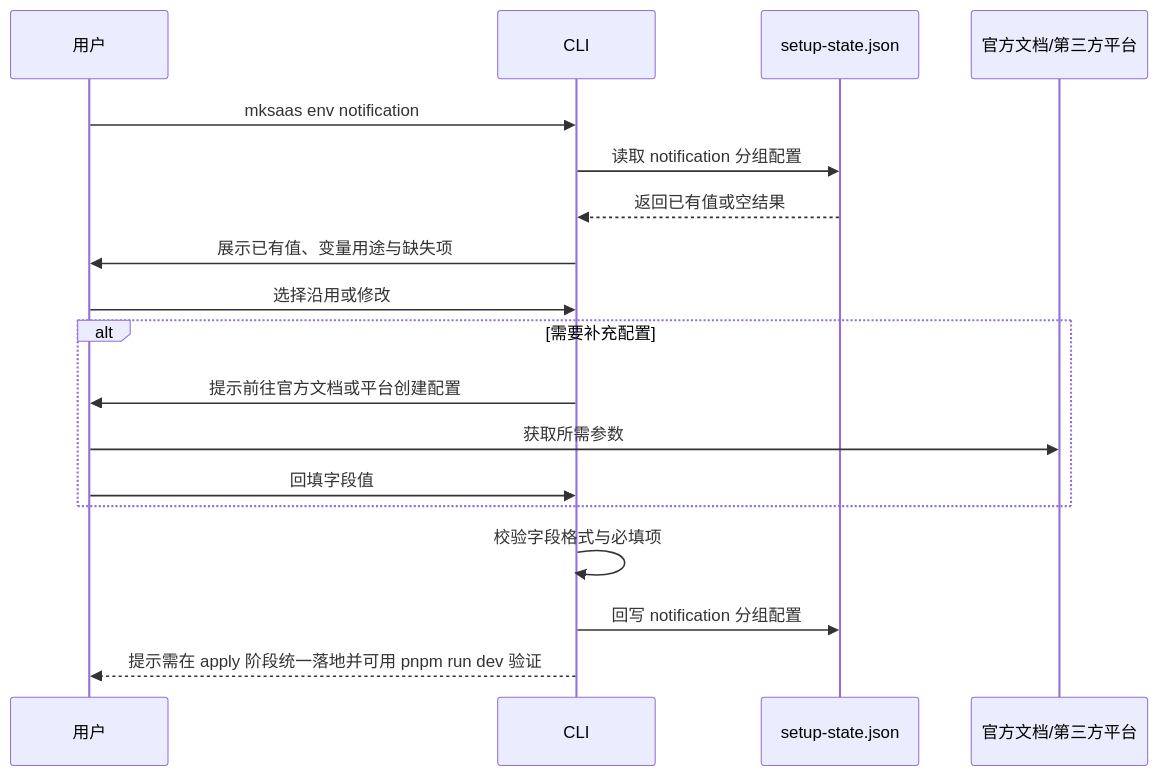
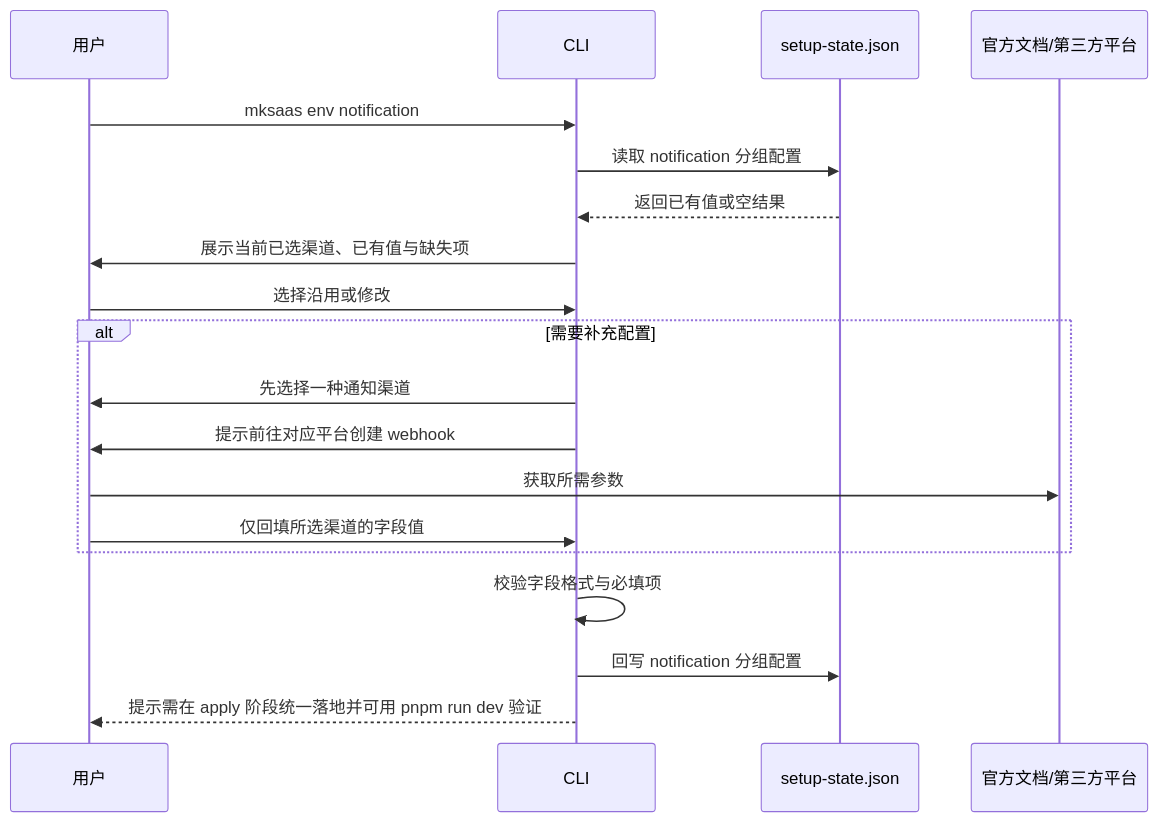
Before and after one commit to CaffeineOddity/mksaas_command: the second of 2 diagrams in docs/steps/03-env-groups/12-notification.md, drawn with Mermaid. The commit also changed other lines of this file and 17 other files, not shown here.

````diff
--- a/docs/steps/03-env-groups/12-notification.md
+++ b/docs/steps/03-env-groups/12-notification.md
@@ -71,21 +74,22 @@
 ```mermaid
 sequenceDiagram
     participant U as 用户
     participant C as CLI
     participant J as setup-state.json
     participant D as 官方文档/第三方平台
 
     U->>C: mksaas env notification
     C->>J: 读取 notification 分组配置
     J-->>C: 返回已有值或空结果
-    C->>U: 展示已有值、变量用途与缺失项
+    C->>U: 展示当前已选渠道、已有值与缺失项
     U->>C: 选择沿用或修改
     alt 需要补充配置
-        C->>U: 提示前往官方文档或平台创建配置
+        C->>U: 先选择一种通知渠道
+        C->>U: 提示前往对应平台创建 webhook
         U->>D: 获取所需参数
-        U->>C: 回填字段值
+        U->>C: 仅回填所选渠道的字段值
     end
     C->>C: 校验字段格式与必填项
     C->>J: 回写 notification 分组配置
     C-->>U: 提示需在 apply 阶段统一落地并可用 pnpm run dev 验证
 ```
````
